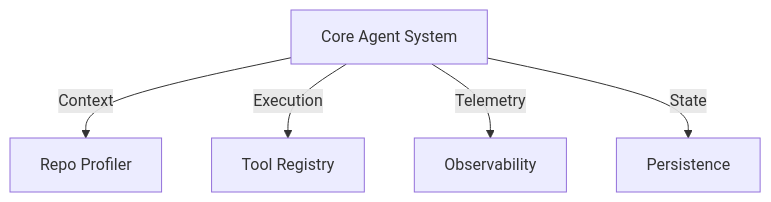
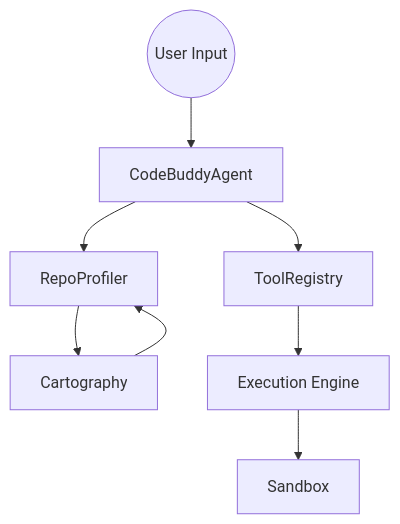
The first of 2 diagrams in .codebuddy/docs/3s-other-subsystems.md (Zeeeepa/code-buddy), drawn with Mermaid before and after one commit. The commit also changed other lines of this file and 29 other files, not shown here.

````diff
--- a/.codebuddy/docs/3s-other-subsystems.md
+++ b/.codebuddy/docs/3s-other-subsystems.md
@@ -38,13 +46,10 @@
 ```mermaid
 graph TD
-  Agent[Core Agent System]
-  Repo[Repo Profiler]
-  Tools[Tool Registry]
-  Obs[Observability]
-  Persist[Persistence]
-
-  Agent -->|Context| Repo
-  Agent -->|Execution| Tools
-  Agent -->|Telemetry| Obs
-  Agent -->|State| Persist
+  User((User Input)) --> Agent[CodeBuddyAgent]
+  Agent --> Profiler[RepoProfiler]
+  Agent --> Registry[ToolRegistry]
+  Profiler --> Cartography[Cartography]
+  Registry --> Execution[Execution Engine]
+  Execution --> Sandbox[Sandbox]
+  Cartography --> Profiler
 ```
````
